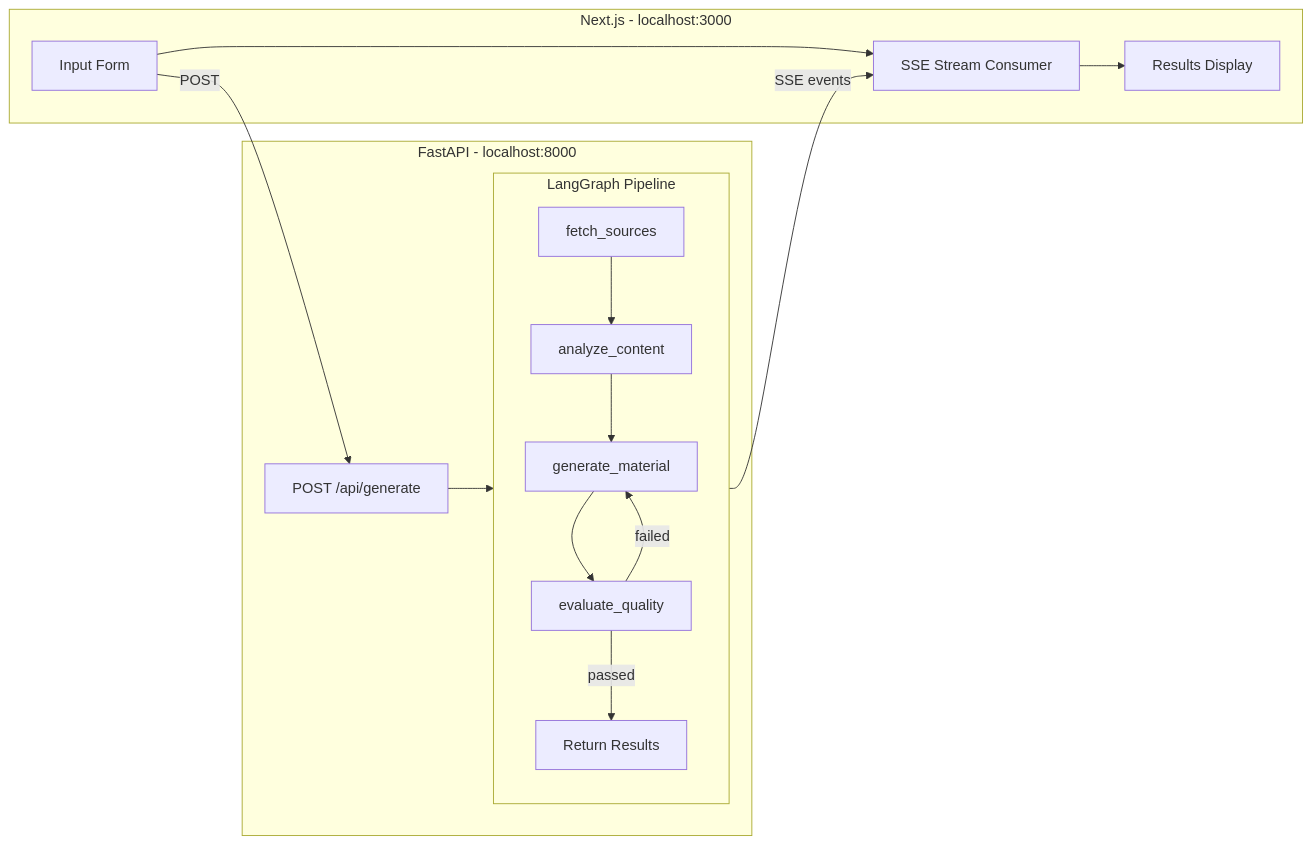
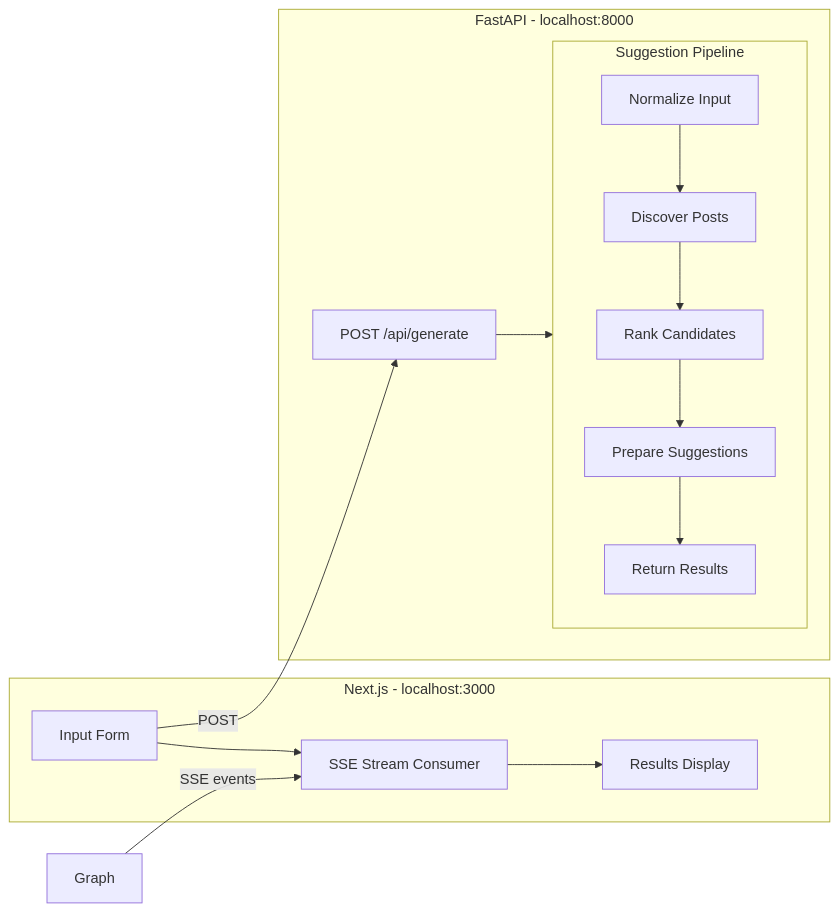
One commit to andreyxdd/linkedin-comments-recommender changed the diagram in README.md. Above: the diagram before and after it, drawn with Mermaid. The commit also changed other lines of this file and 13 other files, not shown here.

First line of the commit message:
feat: add live linkedin discovery and ranking

````diff
--- a/README.md
+++ b/README.md
@@ -9,21 +13,20 @@
 ```mermaid
 graph LR
     subgraph Frontend [Next.js - localhost:3000]
         UI[Input Form] --> SSE[SSE Stream Consumer]
         SSE --> Display[Results Display]
     end
 
     subgraph Backend [FastAPI - localhost:8000]
-        API[POST /api/generate] --> Graph
-        subgraph Graph [LangGraph Pipeline]
-            Fetch[fetch_sources] --> Analyze[analyze_content]
-            Analyze --> Generate[generate_material]
-            Generate --> Evaluate[evaluate_quality]
-            Evaluate -->|passed| Done[Return Results]
-            Evaluate -->|failed| Generate
+        API[POST /api/generate] --> Flow
+        subgraph Flow [Suggestion Pipeline]
+            Input[Normalize Input] --> Discovery[Discover Posts]
+            Discovery --> Ranking[Rank Candidates]
+            Ranking --> Comments[Prepare Suggestions]
+            Comments --> Done[Return Results]
         end
     end
 
     UI -->|POST| API
     Graph -->|SSE events| SSE
 ```
````
